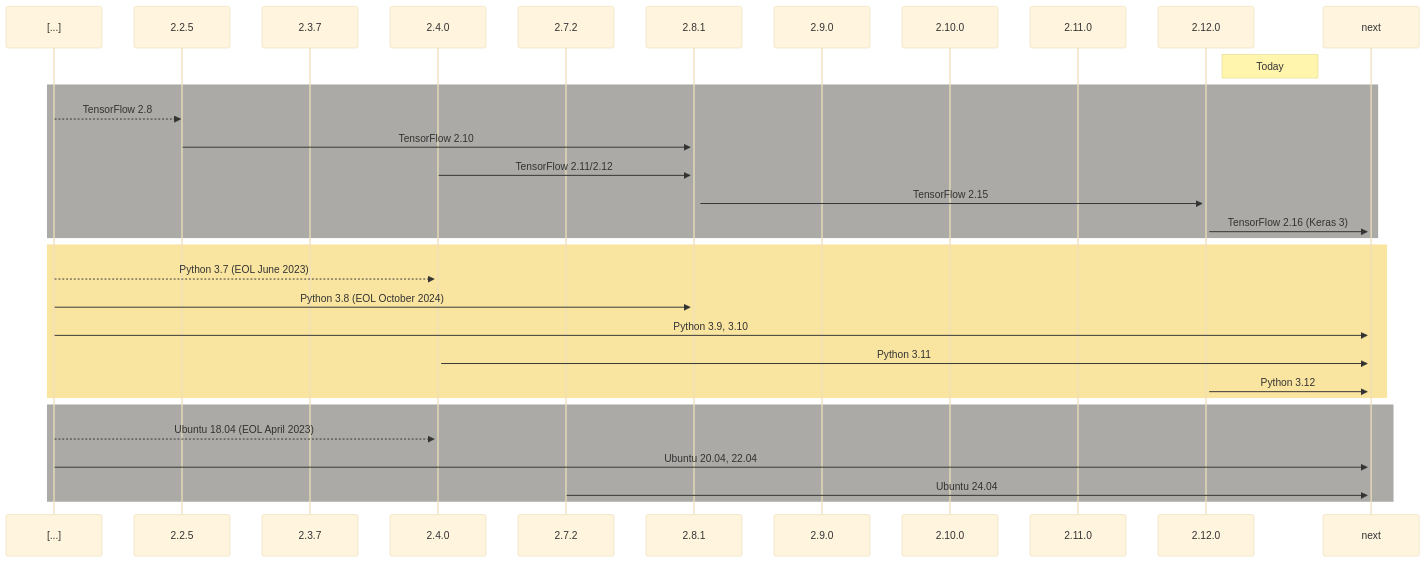
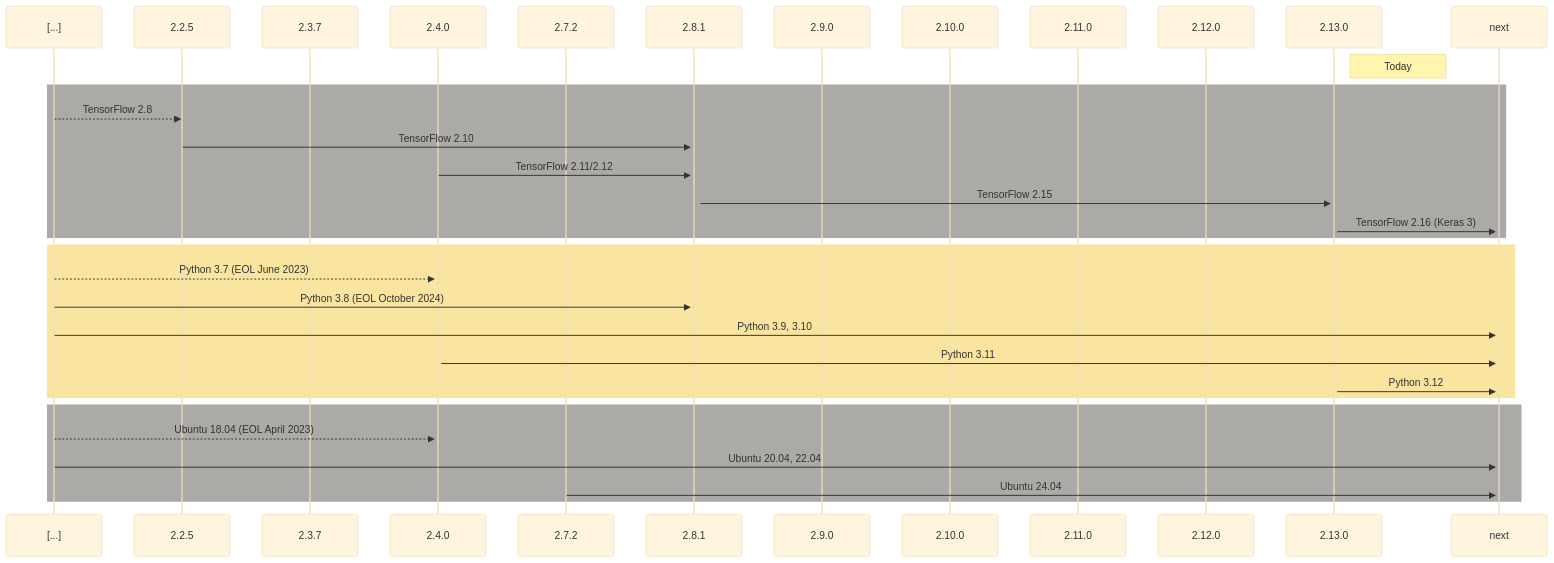
One commit to Brainchip-Inc/akida_examples changed the diagram in README.md. Above: the diagram before and after it, drawn with Mermaid.

Commit message:
docs(README): update current version to 2.13

````diff
--- a/README.md
+++ b/README.md
@@ -67,35 +67,36 @@
 ```mermaid
 sequenceDiagram
     participant [...]
     participant 2.2.5
     participant 2.3.7
     participant 2.4.0
     participant 2.7.2
     participant 2.8.1
     participant 2.9.0
     participant 2.10.0
     participant 2.11.0
     participant 2.12.0
+    participant 2.13.0
     participant next
-    Note right of 2.12.0: Today
+    Note right of 2.13.0: Today
 rect rgb(171, 170, 166)
     [...]-->>2.2.5: TensorFlow 2.8
     2.2.5->>+2.8.1: TensorFlow 2.10
     2.4.0->>+2.8.1: TensorFlow 2.11/2.12
-    2.8.1->>+2.12.0: TensorFlow 2.15
-    2.12.0->>+next: TensorFlow 2.16 (Keras 3)
+    2.8.1->>+2.13.0: TensorFlow 2.15
+    2.13.0->>+next: TensorFlow 2.16 (Keras 3)
 end
 rect rgb(250, 229, 160)
     [...]-->>+2.4.0: Python 3.7 (EOL June 2023)
     [...]->>+2.8.1: Python 3.8 (EOL October 2024)
     [...]->>+next: Python 3.9, 3.10
     2.4.0->>+next: Python 3.11
-    2.12.0->>+next: Python 3.12
+    2.13.0->>+next: Python 3.12
 end
 rect rgb(171, 170, 166)
     [...]-->>+2.4.0: Ubuntu 18.04 (EOL April 2023)
     [...]->>+next: Ubuntu 20.04, 22.04
     2.7.2->>+next: Ubuntu 24.04
 end
 %%{init:{'theme':'base'}}%%
 ```
````
